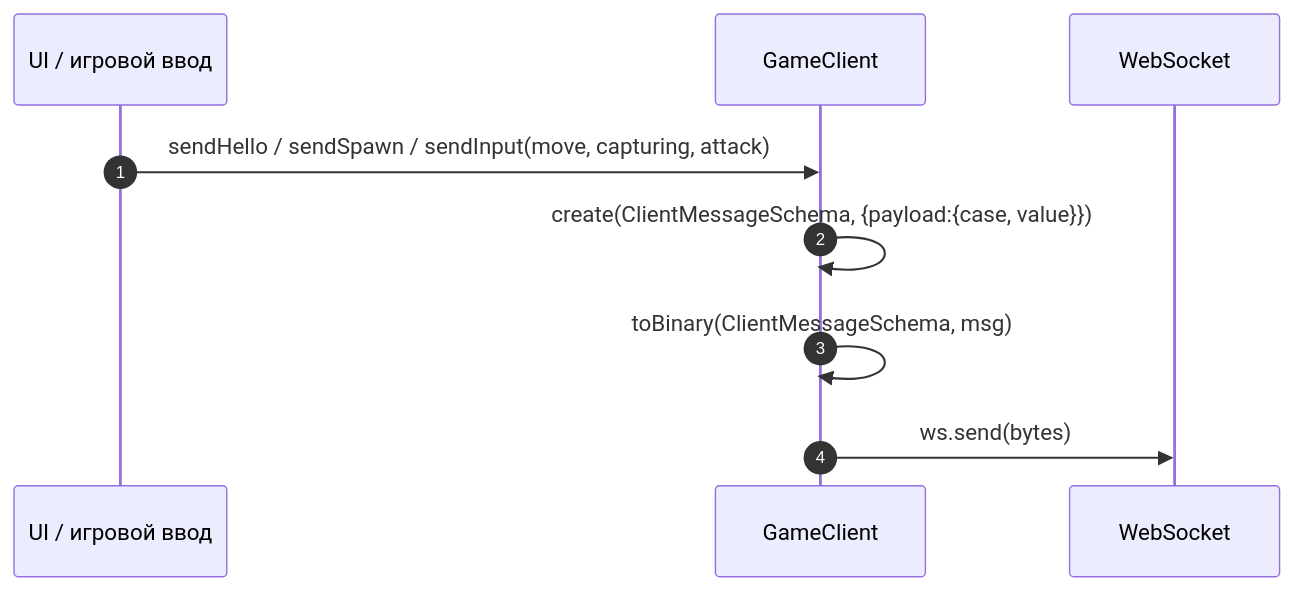
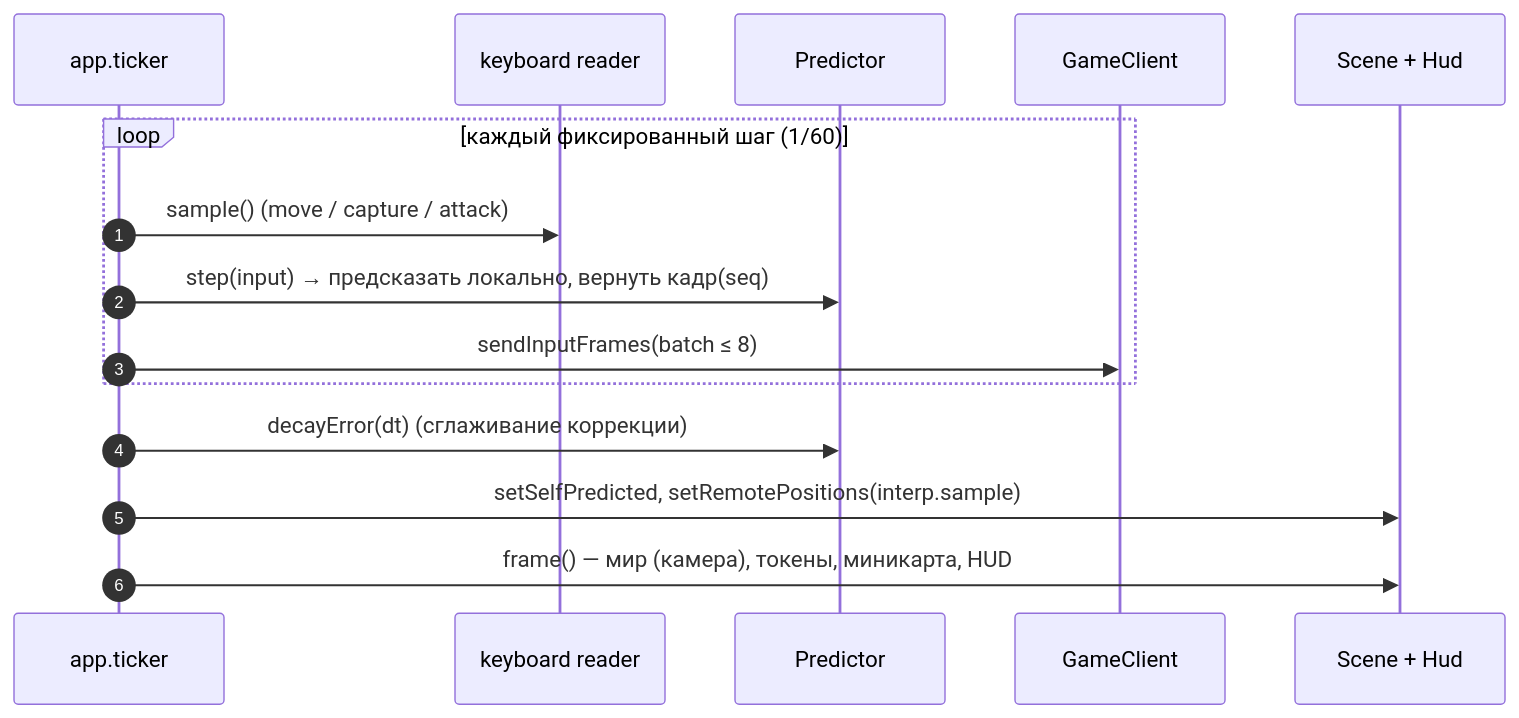
Before and after one commit to litcxx/Game: the second of 3 diagrams in client/docs/sequence-diagram.md, drawn with Mermaid. The commit also changed other lines of this file and 5 other files, not shown here.

````diff
--- a/client/docs/sequence-diagram.md
+++ b/client/docs/sequence-diagram.md
@@ -42,12 +39,18 @@
 ```mermaid
 sequenceDiagram
     autonumber
-    participant app as UI / игровой ввод
+    participant tick as app.ticker
+    participant kb as keyboard reader
+    participant pred as Predictor
     participant net as GameClient
-    participant ws as WebSocket
+    participant scene as Scene + Hud
 
-    app->>net: sendHello / sendSpawn / sendInput(move, capturing, attack)
-    net->>net: create(ClientMessageSchema, {payload:{case, value}})
-    net->>net: toBinary(ClientMessageSchema, msg)
-    net->>ws: ws.send(bytes)
+    loop каждый фиксированный шаг (1/60)
+        tick->>kb: sample()  (move / capture / attack)
+        tick->>pred: step(input) → предсказать локально, вернуть кадр(seq)
+        tick->>net: sendInputFrames(batch ≤ 8)
+    end
+    tick->>pred: decayError(dt)  (сглаживание коррекции)
+    tick->>scene: setSelfPredicted, setRemotePositions(interp.sample)
+    tick->>scene: frame() — мир (камера), токены, миникарта, HUD
 ```
````
